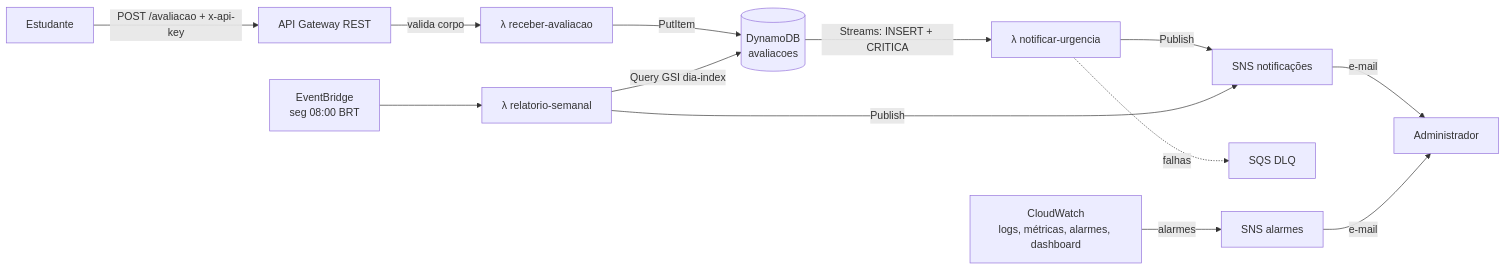
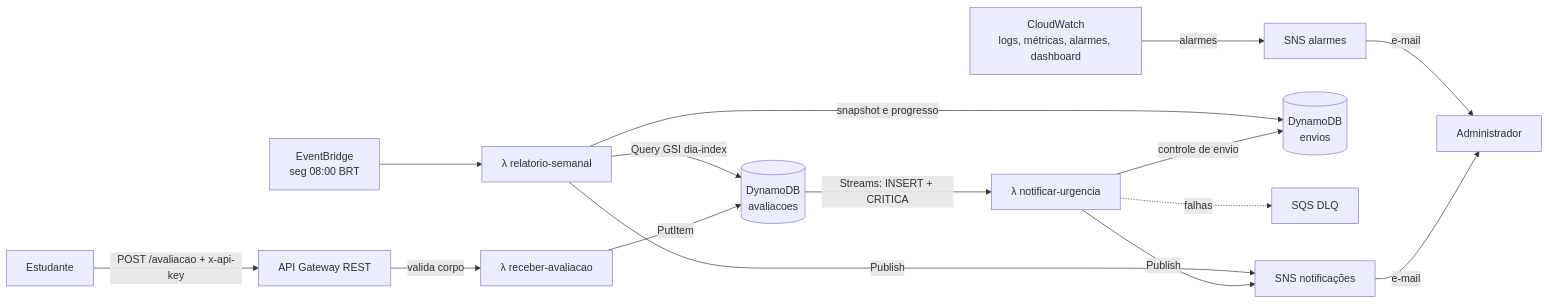
Before and after one commit to jessidomingues96/notacampus: the diagram in README.md, drawn with Mermaid. The commit also changed other lines of this file and 19 other files, not shown here.

````diff
--- a/README.md
+++ b/README.md
@@ -26,15 +26,17 @@
 ```mermaid
 flowchart LR
     A[Estudante] -->|POST /avaliacao + x-api-key| B[API Gateway REST]
     B -->|valida corpo| F1[λ receber-avaliacao]
     F1 -->|PutItem| D[(DynamoDB<br/>avaliacoes)]
     D -->|Streams: INSERT + CRITICA| F2[λ notificar-urgencia]
     F2 -->|Publish| T[SNS notificações]
+    F2 -->|controle de envio| C[(DynamoDB<br/>envios)]
     F2 -.falhas.-> Q[SQS DLQ]
     E[EventBridge<br/>seg 08:00 BRT] --> F3[λ relatorio-semanal]
     F3 -->|Query GSI dia-index| D
     F3 -->|Publish| T
+    F3 -->|snapshot e progresso| C
     T -->|e-mail| ADM[Administrador]
     CW[CloudWatch<br/>logs, métricas, alarmes, dashboard] -->|alarmes| T2[SNS alarmes]
     T2 -->|e-mail| ADM
 ```
````
